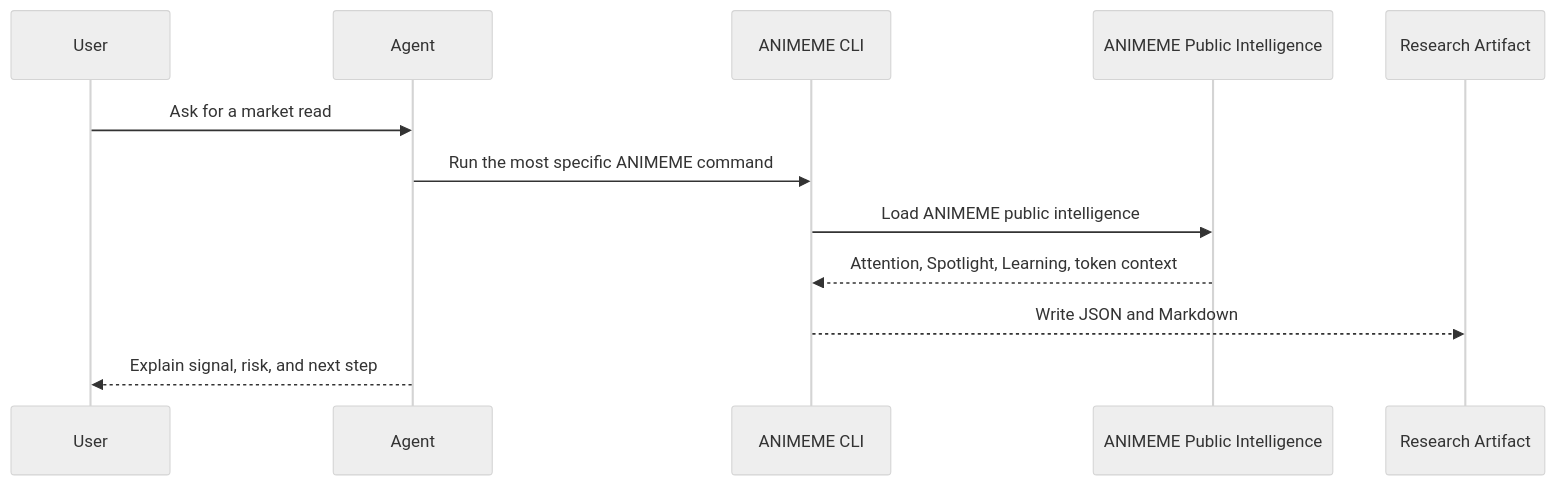
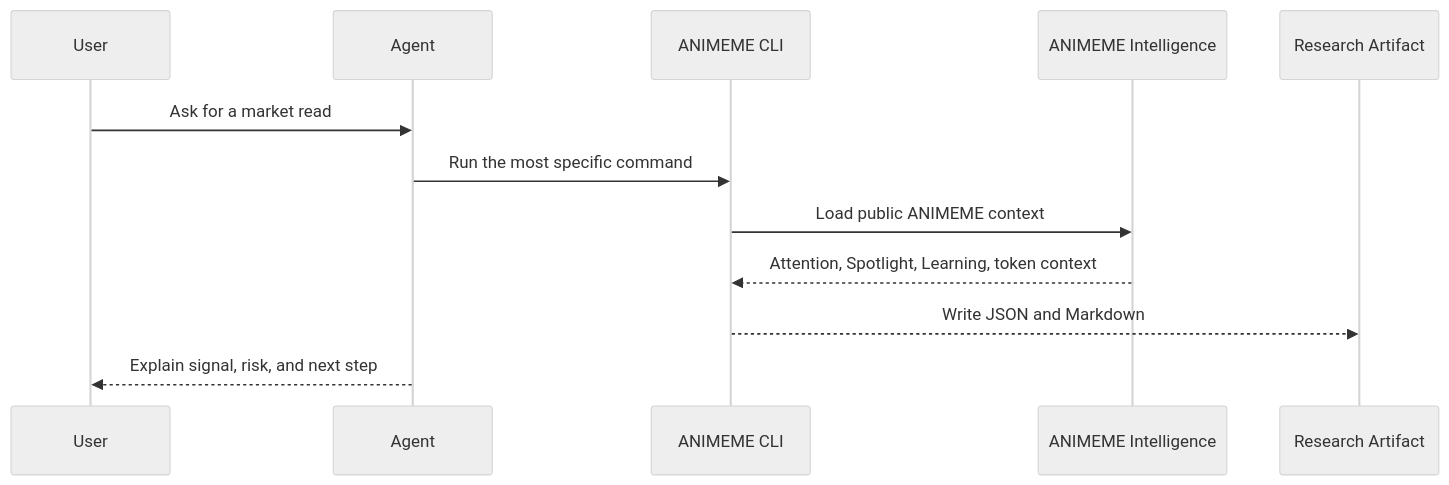
Before and after one commit to animeme99/Animeme-Agent: the second of 2 diagrams in README.md, drawn with Mermaid (neutral theme). The commit also changed other lines of this file, not shown here.

Commit message:
Elevate public README presentation

````diff
--- a/README.md
+++ b/README.md
@@ -334,15 +191,15 @@
 ```mermaid
 sequenceDiagram
     participant U as User
     participant A as Agent
     participant C as ANIMEME CLI
-    participant P as ANIMEME Public Intelligence
+    participant I as ANIMEME Intelligence
     participant R as Research Artifact
 
     U->>A: Ask for a market read
-    A->>C: Run the most specific ANIMEME command
-    C->>P: Load ANIMEME public intelligence
-    P-->>C: Attention, Spotlight, Learning, token context
+    A->>C: Run the most specific command
+    C->>I: Load public ANIMEME context
+    I-->>C: Attention, Spotlight, Learning, token context
     C-->>R: Write JSON and Markdown
     A-->>U: Explain signal, risk, and next step
 ```
````
